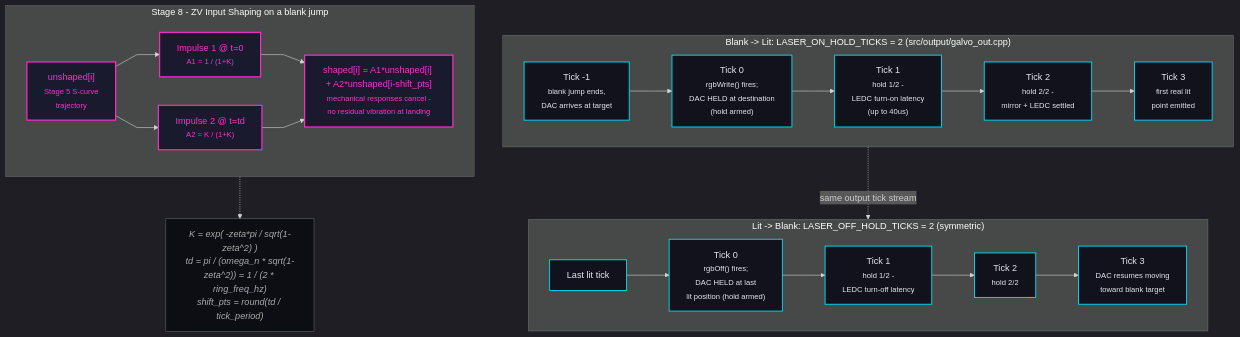
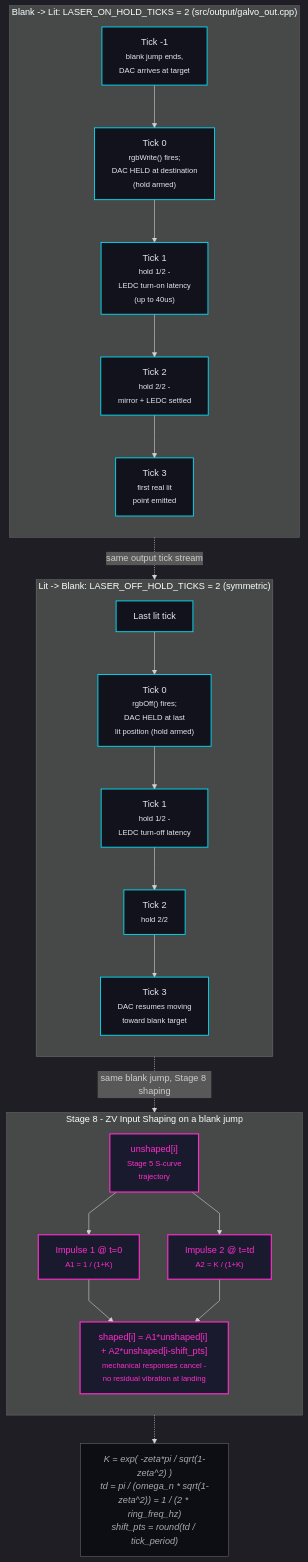
One commit to Andre1Becker/GalvOS changed the diagram in docs/assets/diagrams/laser_timing.mmd. Above: the diagram before and after it, drawn with Mermaid. The commit also changed 4 other files, not shown here.

First line of the commit message:
docs: Optimizer diagrams stack vertically and shrink out of the way

```diff
--- a/docs/assets/diagrams/laser_timing.mmd
+++ b/docs/assets/diagrams/laser_timing.mmd
@@ -1,41 +1,42 @@
 %%{init: {"theme": "dark", "flowchart": {"curve": "linear"}}}%%
 flowchart TD
     subgraph HOLDON["Blank -&gt; Lit: LASER_ON_HOLD_TICKS = 2 (src/output/galvo_out.cpp)"]
-        direction LR
+        direction TD
         A0["Tick -1<br/><small>blank jump ends,<br/>DAC arrives at target</small>"] --> A1["Tick 0<br/><small>rgbWrite() fires;<br/>DAC HELD at destination<br/>(hold armed)</small>"]
         A1 --> A2["Tick 1<br/><small>hold 1/2 -<br/>LEDC turn-on latency<br/>(up to 40us)</small>"]
         A2 --> A3["Tick 2<br/><small>hold 2/2 -<br/>mirror + LEDC settled</small>"]
         A3 --> A4["Tick 3<br/><small>first real lit<br/>point emitted</small>"]
     end
 
     subgraph HOLDOFF["Lit -&gt; Blank: LASER_OFF_HOLD_TICKS = 2 (symmetric)"]
-        direction LR
+        direction TD
         B0["Last lit tick"] --> B1["Tick 0<br/><small>rgbOff() fires;<br/>DAC HELD at last<br/>lit position (hold armed)</small>"]
         B1 --> B2["Tick 1<br/><small>hold 1/2 -<br/>LEDC turn-off latency</small>"]
         B2 --> B3["Tick 2<br/><small>hold 2/2</small>"]
         B3 --> B4["Tick 3<br/><small>DAC resumes moving<br/>toward blank target</small>"]
     end
 
     A4 -.->|same output tick stream| B0
+    B4 -.->|same blank jump, Stage 8 shaping| Z0
 
     subgraph ZV["Stage 8 - ZV Input Shaping on a blank jump"]
-        direction LR
+        direction TD
         Z0["unshaped[i]<br/><small>Stage 5 S-curve<br/>trajectory</small>"]
         Z1["Impulse 1 @ t=0<br/><small>A1 = 1 / (1+K)</small>"]
         Z2["Impulse 2 @ t=td<br/><small>A2 = K / (1+K)</small>"]
         Z0 --> Z1
         Z0 --> Z2
         Z1 --> Z3
         Z2 --> Z3
         Z3["shaped[i] = A1*unshaped[i] + A2*unshaped[i-shift_pts]<br/><small>mechanical responses cancel -<br/>no residual vibration at landing</small>"]
     end
 
     ZK["K = exp( -zeta*pi / sqrt(1-zeta^2) )<br/>td = pi / (omega_n * sqrt(1-zeta^2)) = 1 / (2 * ring_freq_hz)<br/>shift_pts = round(td / tick_period)"]
     Z3 -.-> ZK
 
     classDef tick fill:#12121c,stroke:#00e5ff,stroke-width:1.5px,color:#e6e6f0
     classDef zv fill:#1a1a2e,stroke:#ff2ecb,stroke-width:2px,color:#ff2ecb
     classDef note fill:#0d0d14,stroke:#666,stroke-width:1px,color:#aaa,font-style:italic
     class A0,A1,A2,A3,A4,B0,B1,B2,B3,B4 tick
     class Z0,Z1,Z2,Z3 zv
     class ZK note
```
